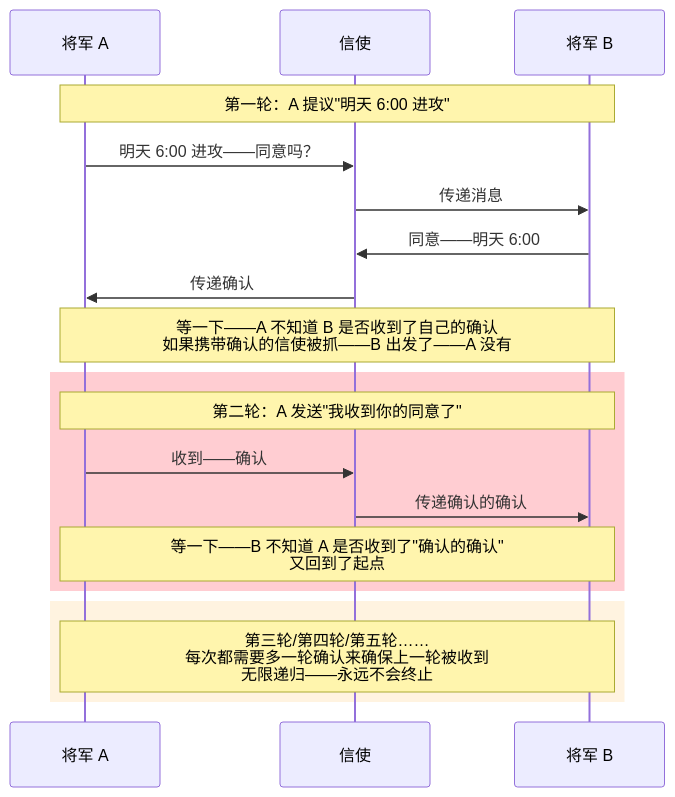
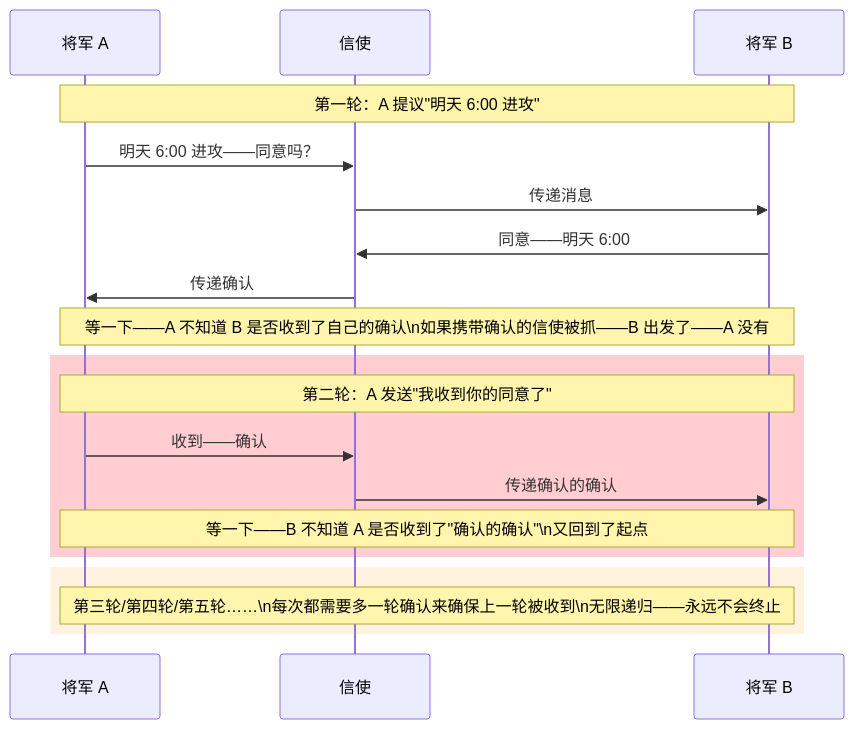
One commit to yaocat55/yaocat55.github.io changed the second of 5 diagrams in content/posts/distributed-algorithms/DistributedUncertainty.md. Above: the diagram before and after it, drawn with Mermaid. The commit also changed other lines of this file and 155 other files, not shown here.

````diff
--- a/content/posts/distributed-algorithms/DistributedUncertainty.md
+++ b/content/posts/distributed-algorithms/DistributedUncertainty.md
@@ -170,26 +170,26 @@
 ```mermaid
 sequenceDiagram
     participant G1 as 将军 A
     participant M1 as 信使
     participant G2 as 将军 B
 
     Note over G1,G2: 第一轮：A 提议"明天 6:00 进攻"
     G1->>M1: 明天 6:00 进攻——同意吗？
     M1->>G2: 传递消息
     G2->>M1: 同意——明天 6:00
     M1->>G1: 传递确认
 
-    Note over G1,G2: 等一下——A 不知道 B 是否收到了自己的确认<br/>如果携带确认的信使被抓——B 出发了——A 没有
+    Note over G1,G2: 等一下——A 不知道 B 是否收到了自己的确认\n如果携带确认的信使被抓——B 出发了——A 没有
 
     rect rgb(255, 205, 210)
         Note over G1,G2: 第二轮：A 发送"我收到你的同意了"
         G1->>M1: 收到——确认
         M1->>G2: 传递确认的确认
 
-        Note over G1,G2: 等一下——B 不知道 A 是否收到了"确认的确认"<br/>又回到了起点
+        Note over G1,G2: 等一下——B 不知道 A 是否收到了"确认的确认"\n又回到了起点
     end
 
     rect rgb(255, 243, 224)
-        Note over G1,G2: 第三轮/第四轮/第五轮……<br/>每次都需要多一轮确认来确保上一轮被收到<br/>无限递归——永远不会终止
+        Note over G1,G2: 第三轮/第四轮/第五轮……\n每次都需要多一轮确认来确保上一轮被收到\n无限递归——永远不会终止
     end
 ```
````
